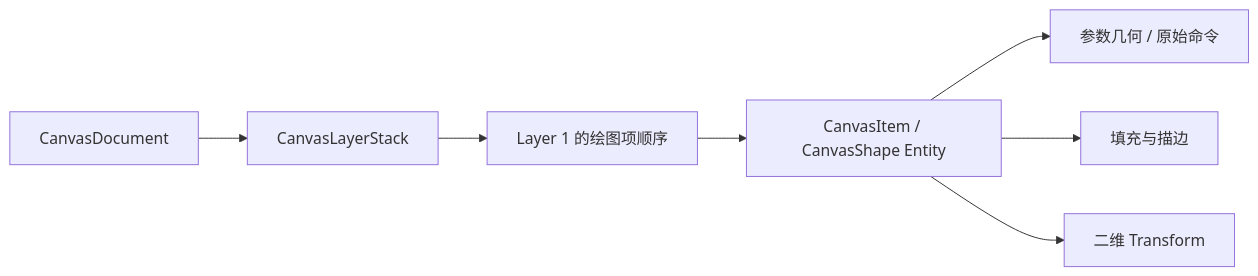
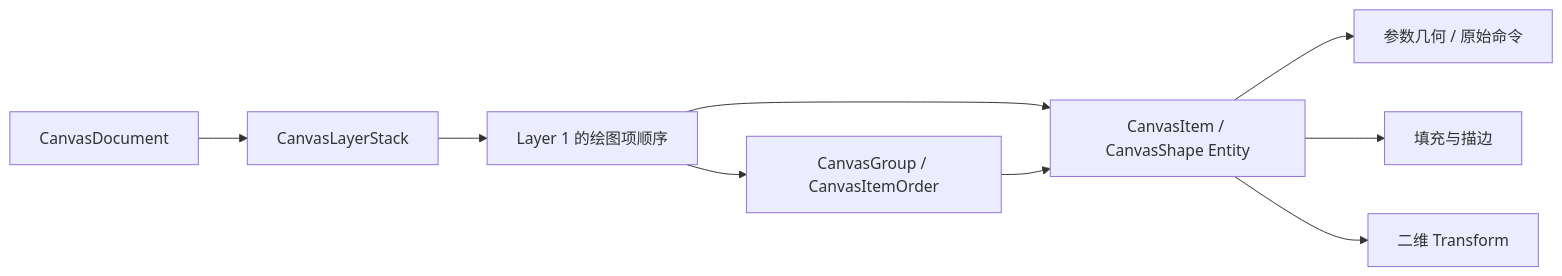
Before and after one commit to slc90/bevy_widgetry: the first of 4 diagrams in docs/design/modules/canvas.md, drawn with Mermaid. The commit also changed other lines of this file and 36 other files, not shown here.

````diff
--- a/docs/design/modules/canvas.md
+++ b/docs/design/modules/canvas.md
@@ -9,9 +9,11 @@
 ```mermaid
 flowchart LR
     Document["CanvasDocument"] --> Stack["CanvasLayerStack"]
     Stack --> Layer["Layer 1 的绘图项顺序"]
+    Layer --> Group["CanvasGroup / CanvasItemOrder"]
     Layer --> Shape["CanvasItem / CanvasShape Entity"]
+    Group --> Shape
     Shape --> Geometry["参数几何 / 原始命令"]
     Shape --> Paint["填充与描边"]
     Shape --> Transform["二维 Transform"]
 ```
````
